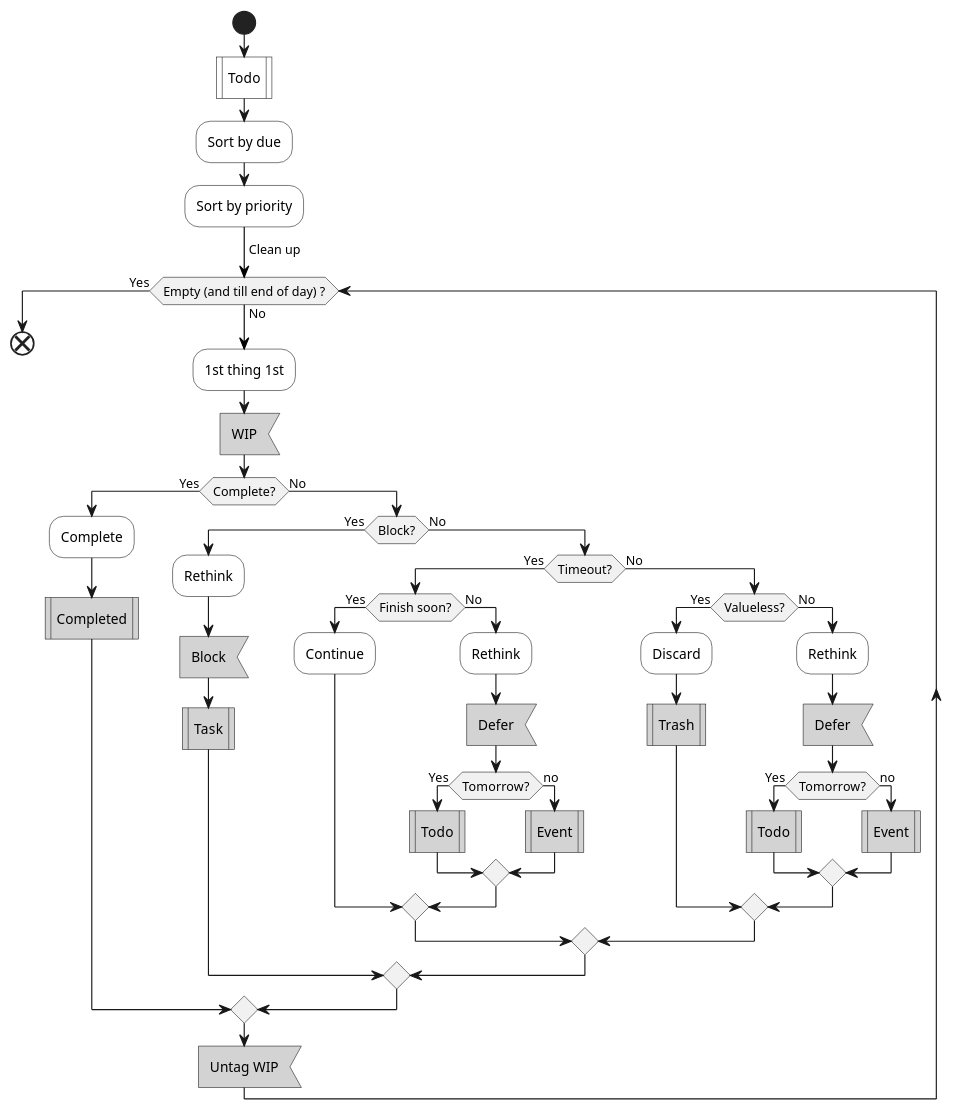
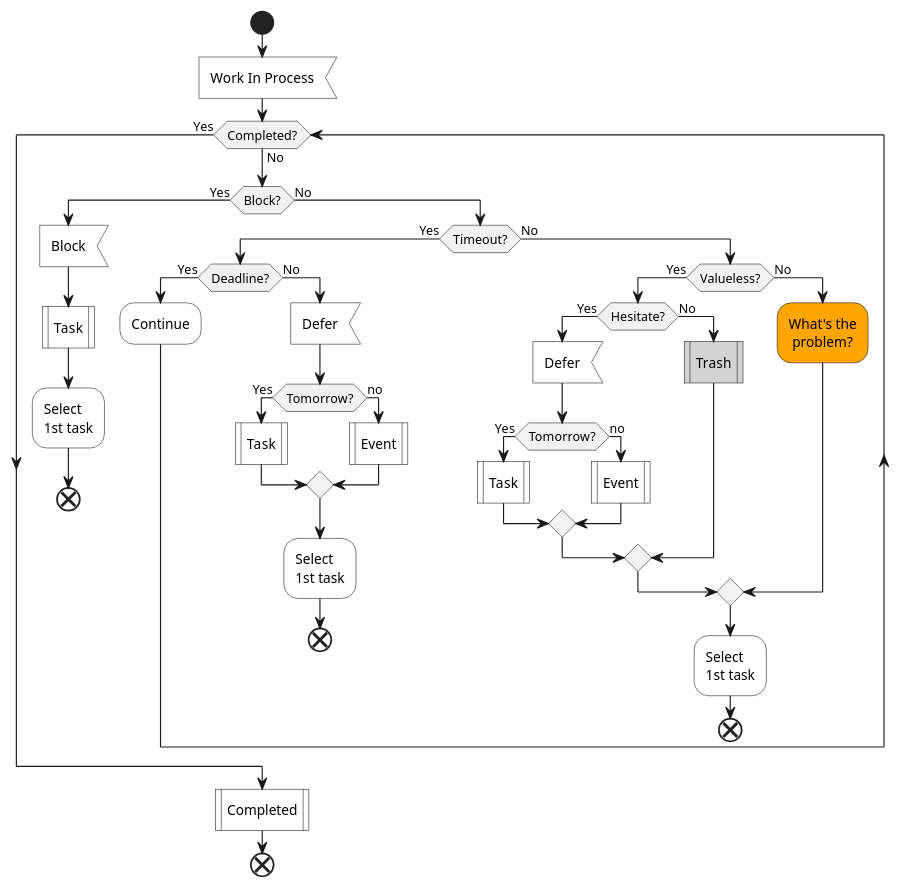
The sixth of 9 diagrams in snips/principles/gtd.md (IceHe/icehe-lib), drawn with PlantUML before and after one commit. The commit also changed other lines of this file and 1 other file, not shown here.

````diff
--- a/snips/principles/gtd.md
+++ b/snips/principles/gtd.md
@@ -153,52 +246,49 @@
 ```plantuml
 @startuml
 start
-#white:Todo|
-#white:Sort by due;
-#white:Sort by priority;
--[#black]-> Clean up;
-while (Empty (and till end of day) ?) is (No)
-    #white:1st thing 1st;
-    #lightGray:WIP<
-    if (Complete?) then (Yes)
-        #white:Complete;
-        #lightGray:Completed|
+#white:Work In Process<
+while (Completed?) is (No)
+    if (Block?) then (Yes)
+        #white:Block<
+        #white:Task|
+        #white:Select \n1st task;
+        end
     else (No)
-        if (Block?) then (Yes)
-            #white:Rethink;
-            #lightGray:Block<
-            #lightGray:Task|
+        if (Timeout?) then (Yes)
+            if (Deadline?) then (Yes)
+                #white:Continue;
+            else (No)
+                #white:Defer<
+                if (Tomorrow?) then (Yes)
+                    #white:Task|
+                else (no)
+                    #white:Event|
+                endif
+                #white:Select \n1st task;
+                end
+            endif
         else (No)
-            if (Timeout?) then (Yes)
-                if (Finish soon?) then (Yes)
-                    #white:Continue;
+            if (Valueless?) then (Yes)
+                if (Hesitate?) then (Yes)
+                    #white:Defer<
+                    if (Tomorrow?) then (Yes)
+                        #white:Task|
+                    else (no)
+                        #white:Event|
+                    endif
                 else (No)
-                #white:Rethink;
-                #lightGray:Defer<
-                if (Tomorrow?) then (Yes)
-                    #lightGray:Todo|
-                else (no)
-                    #lightGray:Event|
-                endif
+                    #lightGray:Trash|
                 endif
             else (No)
-                if (Valueless?) then (Yes)
-                    #white:Discard;
-                    #lightGray:Trash|
-                else (No)
-                    #white:Rethink;
-                    #lightGray:Defer<
-                    if (Tomorrow?) then (Yes)
-                        #lightGray:Todo|
-                    else (no)
-                        #lightGray:Event|
-                    endif
-                endif
+                #orange:What's the\n problem?;
             endif
+            #white:Select \n1st task;
+            end
         endif
     endif
-    #lightGray:Untag WIP<
+    '#lightGray:Untag WIP<
 endwhile (Yes)
+#white:Completed|
 end
 @enduml
 ```
````
